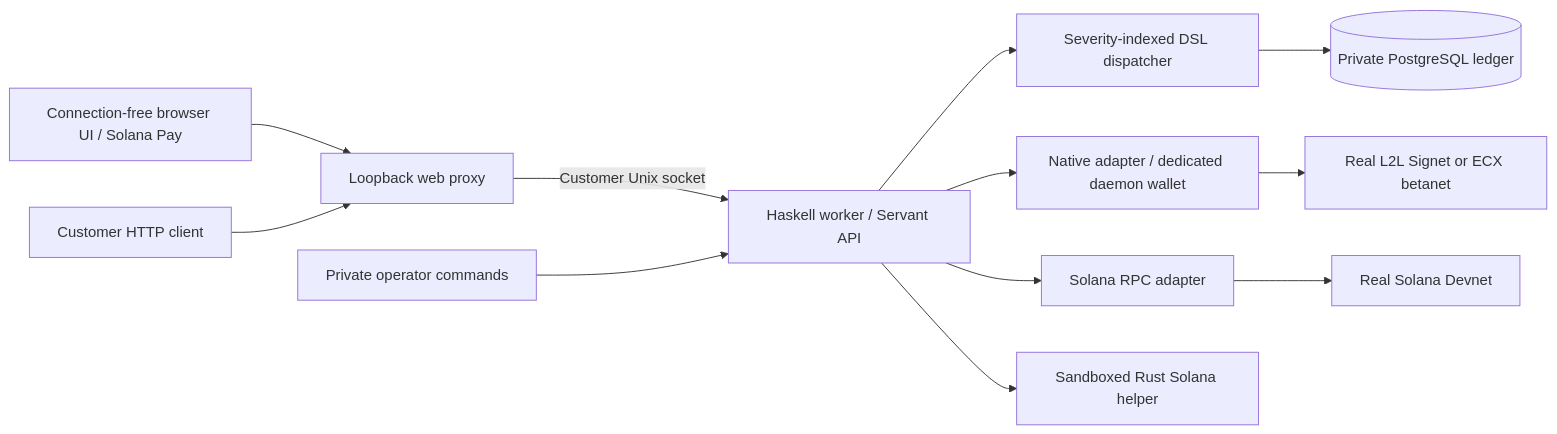
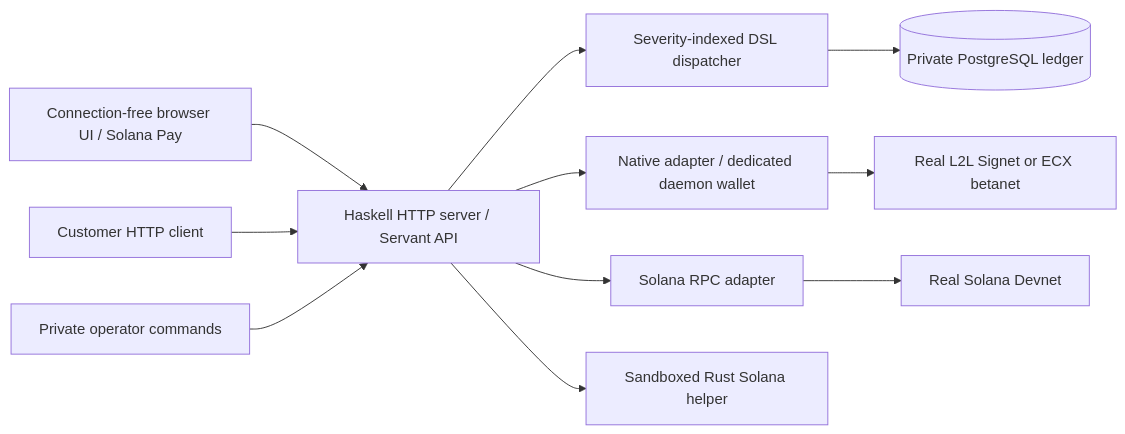
Before and after one commit to freewillydev/ecx-solana-bridge: the diagram in README.md, drawn with Mermaid. The commit also changed other lines of this file and 12 other files, not shown here.

Commit message:
Serve the customer API directly and retire the public proxy

````diff
--- a/README.md
+++ b/README.md
@@ -32,14 +32,13 @@
 ```mermaid
 flowchart LR
-    Browser[Connection-free browser UI / Solana Pay] --> Web[Loopback web proxy]
-    Client[Customer HTTP client] --> Web
-    Web -->|Customer Unix socket| Worker[Haskell worker / Servant API]
+    Browser[Connection-free browser UI / Solana Pay] --> Worker[Haskell HTTP server / Servant API]
+    Client[Customer HTTP client] --> Worker
     Operator[Private operator commands] --> Worker
     Worker --> Dispatcher[Severity-indexed DSL dispatcher]
     Dispatcher --> Ledger[(Private PostgreSQL ledger)]
     Worker --> Native[Native adapter / dedicated daemon wallet]
     Worker --> Solana[Solana RPC adapter]
     Worker --> Helper[Sandboxed Rust Solana helper]
     Native --> NativeChain[Real L2L Signet or ECX betanet]
     Solana --> SolanaChain[Real Solana Devnet]
 ```
````
